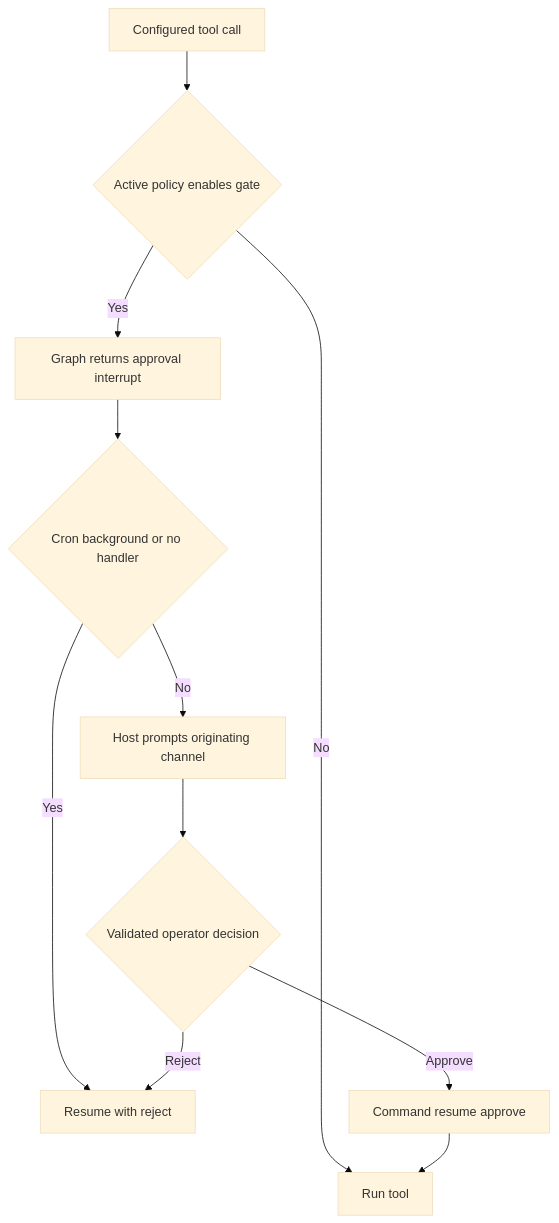
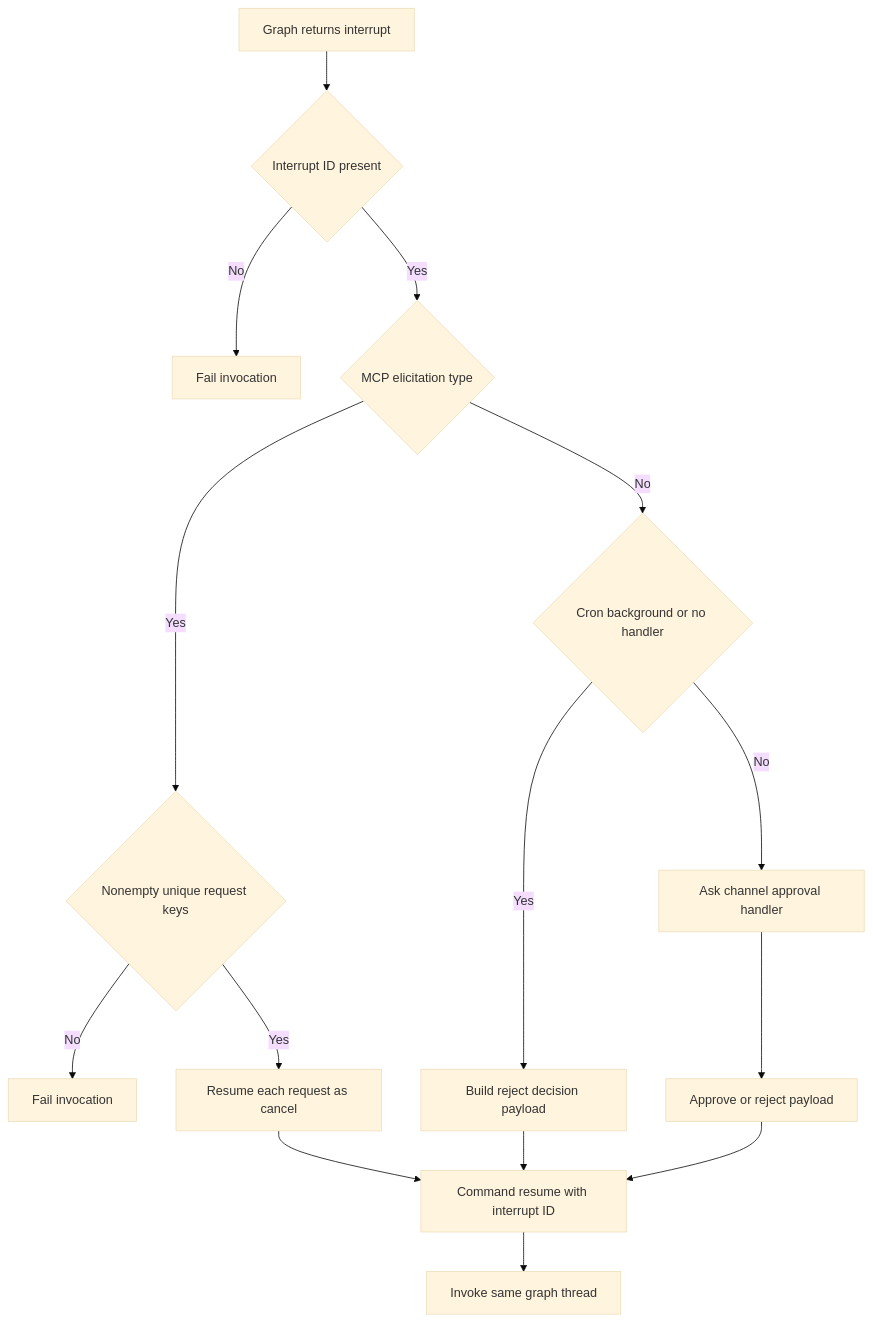
Before and after one commit to langchain-ai/deepagents: the second of 2 diagrams in openwiki/concepts/permissions-hitl.md, drawn with Mermaid (base theme). The commit also changed other lines of this file and 27 other files, not shown here.

````diff
--- a/openwiki/concepts/permissions-hitl.md
+++ b/openwiki/concepts/permissions-hitl.md
@@ -133,13 +115,17 @@
 ```mermaid
 flowchart TD
-    Proposed["Configured tool call"] --> Gate{"Active policy enables gate"}
-    Gate -->|No| Execute["Run tool"]
-    Gate -->|Yes| Interrupted["Graph returns approval interrupt"]
-    Interrupted --> Context{"Cron background or no handler"}
-    Context -->|Yes| Reject["Resume with reject"]
-    Context -->|No| Prompt["Host prompts originating channel"]
-    Prompt --> Valid{"Validated operator decision"}
-    Valid -->|Approve| Resume["Command resume approve"]
-    Valid -->|Reject| Reject
-    Resume --> Execute
+    State["Graph returns interrupt"] --> Id{"Interrupt ID present"}
+    Id -->|No| Failure["Fail invocation"]
+    Id -->|Yes| Kind{"MCP elicitation type"}
+    Kind -->|Yes| Validate{"Nonempty unique request keys"}
+    Validate -->|No| ElicitFailure["Fail invocation"]
+    Validate -->|Yes| Cancel["Resume each request as cancel"]
+    Kind -->|No| Context{"Cron background or no handler"}
+    Context -->|Yes| Reject["Build reject decision payload"]
+    Context -->|No| Channel["Ask channel approval handler"]
+    Channel --> Decision["Approve or reject payload"]
+    Cancel --> Resume["Command resume with interrupt ID"]
+    Reject --> Resume
+    Decision --> Resume
+    Resume --> Invoke["Invoke same graph thread"]
 ```
````
